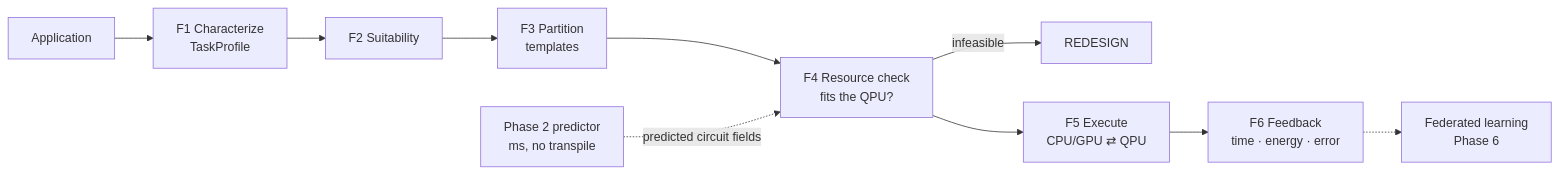
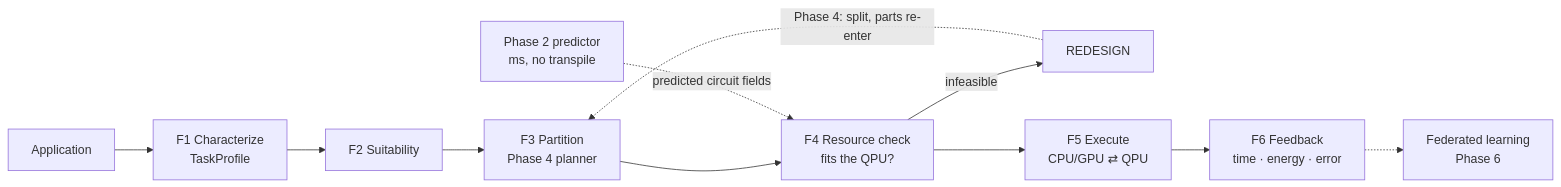
One commit to abenehra21/hybrid-quantum-resource-mapper changed the diagram in README.md. Above: the diagram before and after it, drawn with Mermaid. The commit also changed other lines of this file and 22 other files, not shown here.

````diff
--- a/README.md
+++ b/README.md
@@ -25,12 +29,13 @@
 ```mermaid
 flowchart LR
     A[Application] --> F1[F1 Characterize<br/>TaskProfile]
     F1 --> F2[F2 Suitability]
-    F2 --> F3[F3 Partition<br/>templates]
+    F2 --> F3[F3 Partition<br/>Phase 4 planner]
     F3 --> F4[F4 Resource check<br/>fits the QPU?]
     F4 -- infeasible --> R[REDESIGN]
     F4 --> F5[F5 Execute<br/>CPU/GPU ⇄ QPU]
     F5 --> F6[F6 Feedback<br/>time · energy · error]
     F6 -.-> FL[Federated learning<br/>Phase 6]
     P2[Phase 2 predictor<br/>ms, no transpile] -. predicted circuit fields .-> F4
+    R -. Phase 4: split, parts re-enter .-> F3
 ```
````
